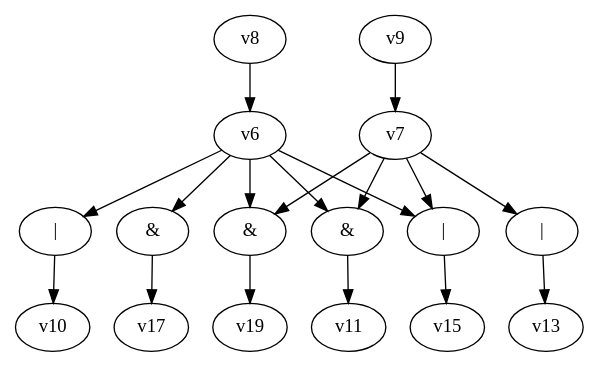
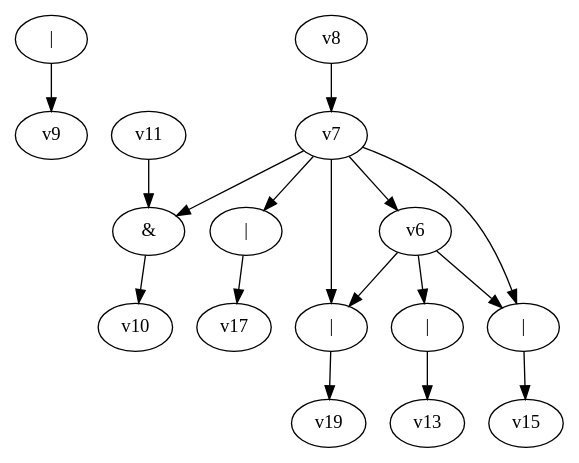
One commit to yadej/graph_project changed the diagram in dot_files/random_bool_circ.dot. Above: the diagram before and after it, drawn with Graphviz. The commit also changed 1 other file, not shown here.

```diff
--- a/dot_files/random_bool_circ.dot
+++ b/dot_files/random_bool_circ.dot
@@ -1,21 +1,20 @@
 digraph G { 
 v0 [label="|"]; 
 v1 [label="&"]; 
 v12 [label="|"]; 
 v14 [label="|"]; 
-v16 [label="&"]; 
-v18 [label="&"]; 
-v0 -> v10;
-v1 -> v11;
-v6 -> v0;
-v6 -> v1;
+v16 [label="|"]; 
+v18 [label="|"]; 
+v0 -> v9;
+v1 -> v10;
+v6 -> v12 -> v13;
 v6 -> v14 -> v15;
-v6 -> v16 -> v17;
 v6 -> v18 -> v19;
 v7 -> v1;
-v7 -> v12 -> v13;
+v7 -> v6;
 v7 -> v14;
+v7 -> v16 -> v17;
 v7 -> v18;
-v8 -> v6;
-v9 -> v7;
+v8 -> v7;
+v11 -> v1;
 }
```
